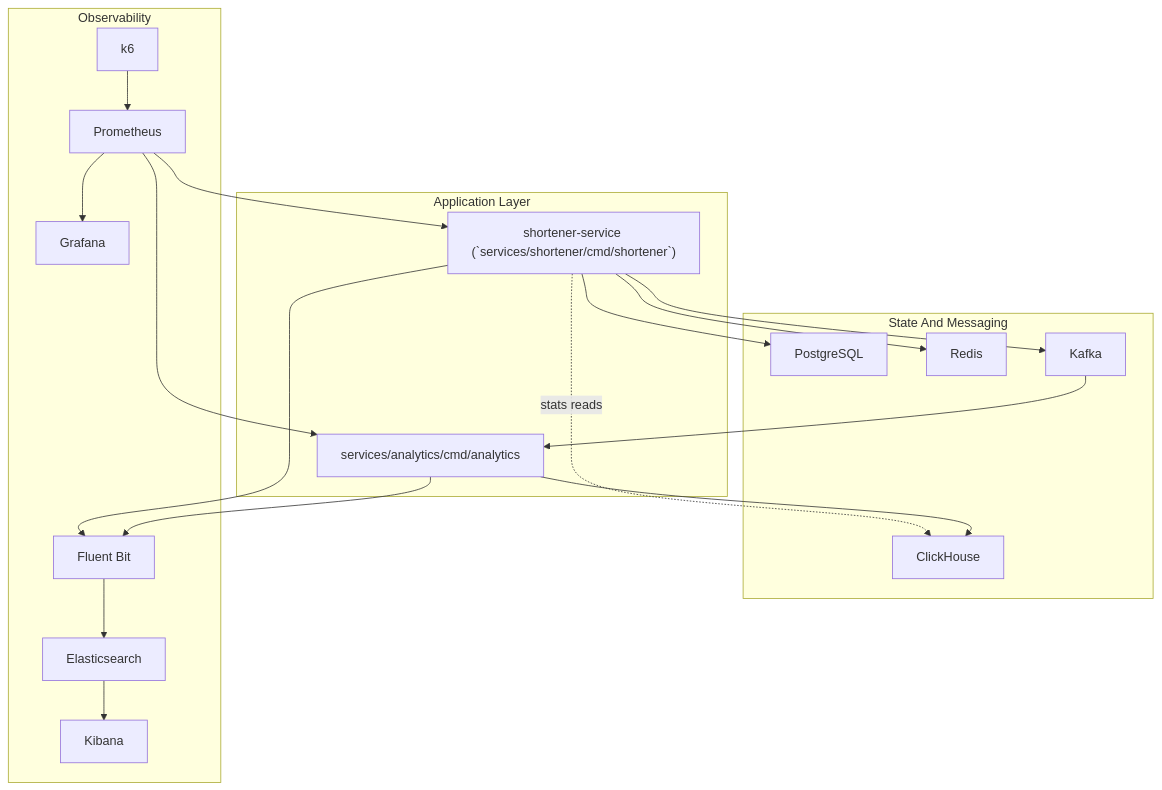
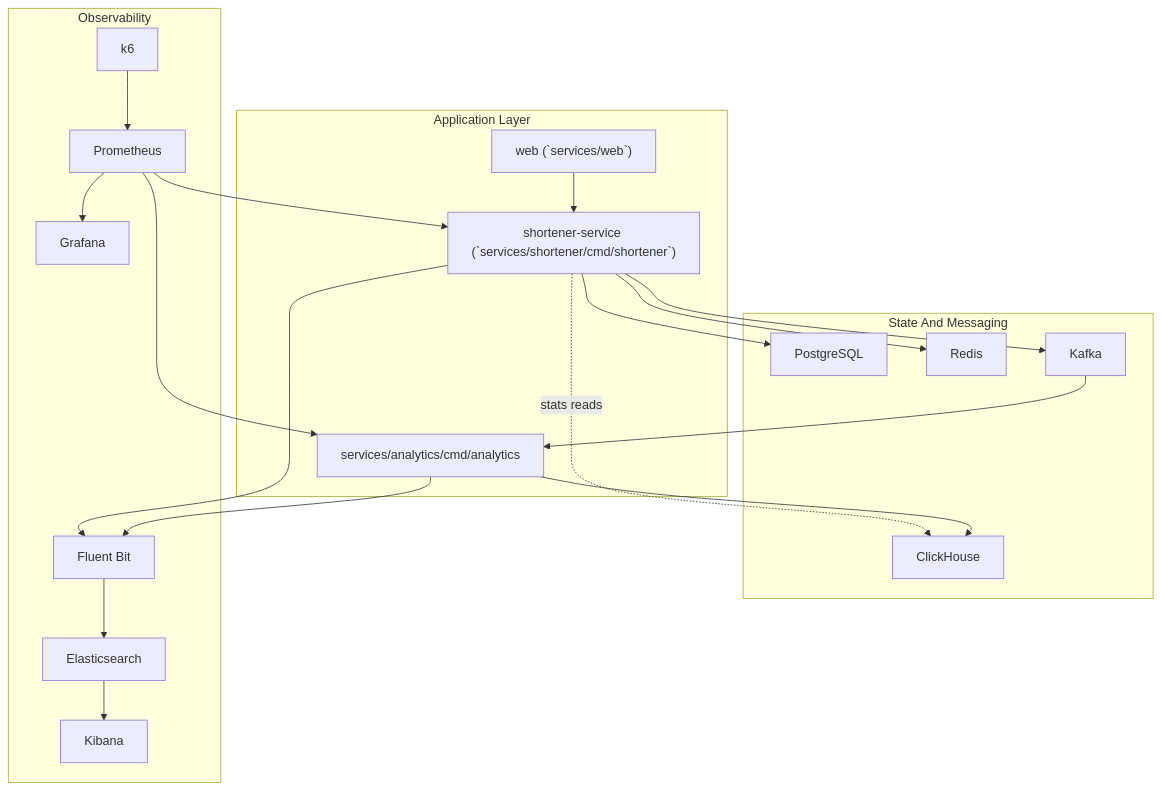
One commit to fev0ks/sandbox_url_shortener changed the third of 7 diagrams in docs/system_design.md. Above: the diagram before and after it, drawn with Mermaid. The commit also changed other lines of this file and 45 other files, not shown here.

````diff
--- a/docs/system_design.md
+++ b/docs/system_design.md
@@ -151,40 +158,42 @@
 ```mermaid
 flowchart TB
     subgraph app["Application Layer"]
         shortener["shortener-service (`services/shortener/cmd/shortener`)"]
+        web["web (`services/web`)"]
         analytics["services/analytics/cmd/analytics"]
     end
 
     subgraph state["State And Messaging"]
         pg["PostgreSQL"]
         redis["Redis"]
         kafka["Kafka"]
         ch["ClickHouse"]
     end
 
     subgraph obs["Observability"]
         k6["k6"]
         shipper["Fluent Bit"]
         es["Elasticsearch"]
         kibana["Kibana"]
         prom["Prometheus"]
         grafana["Grafana"]
     end
 
+    web --> shortener
     shortener --> pg
     shortener --> redis
     shortener --> kafka
     shortener -.->|stats reads| ch
     kafka --> analytics
     analytics --> ch
 
     prom --> shortener
     prom --> analytics
     k6 --> prom
     prom --> grafana
 
     shortener --> shipper
     analytics --> shipper
     shipper --> es
     es --> kibana
 ```
````
